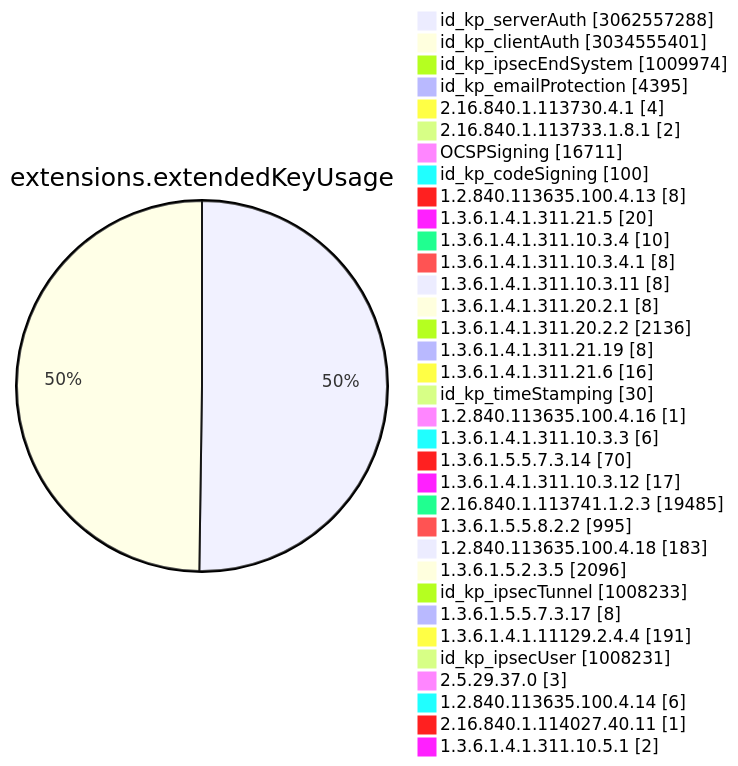
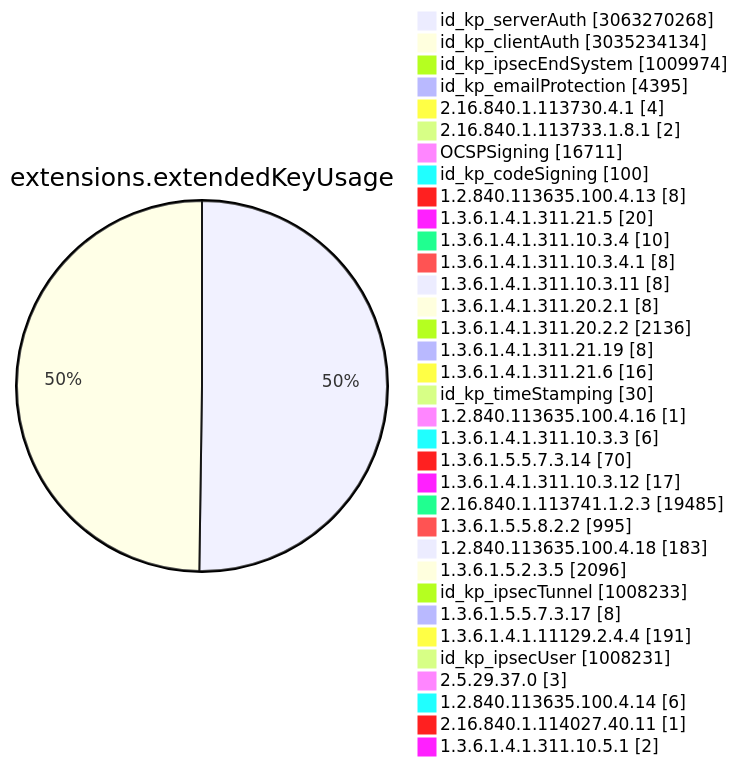
Diagram 11 of 15 in TOTAL/README.md (christiankrug/ctmonitor_visualization), drawn with Mermaid before and after one commit. The commit also changed other lines of this file, not shown here.

````diff
--- a/TOTAL/README.md
+++ b/TOTAL/README.md
@@ -4119,38 +4119,38 @@
 ```mermaid
 pie showData
 title extensions.extendedKeyUsage
-"id_kp_serverAuth" :3062557288
-"id_kp_clientAuth" :3034555401
+"id_kp_serverAuth" :3063270268
+"id_kp_clientAuth" :3035234134
 "id_kp_ipsecEndSystem" :1009974
 "id_kp_emailProtection" :4395
 "2.16.840.1.113730.4.1" :4
 "2.16.840.1.113733.1.8.1" :2
 "OCSPSigning" :16711
 "id_kp_codeSigning" :100
 "1.2.840.113635.100.4.13" :8
 "1.3.6.1.4.1.311.21.5" :20
 "1.3.6.1.4.1.311.10.3.4" :10
 "1.3.6.1.4.1.311.10.3.4.1" :8
 "1.3.6.1.4.1.311.10.3.11" :8
 "1.3.6.1.4.1.311.20.2.1" :8
 "1.3.6.1.4.1.311.20.2.2" :2136
 "1.3.6.1.4.1.311.21.19" :8
 "1.3.6.1.4.1.311.21.6" :16
 "id_kp_timeStamping" :30
 "1.2.840.113635.100.4.16" :1
 "1.3.6.1.4.1.311.10.3.3" :6
 "1.3.6.1.5.5.7.3.14" :70
 "1.3.6.1.4.1.311.10.3.12" :17
 "2.16.840.1.113741.1.2.3" :19485
 "1.3.6.1.5.5.8.2.2" :995
 "1.2.840.113635.100.4.18" :183
 "1.3.6.1.5.2.3.5" :2096
 "id_kp_ipsecTunnel" :1008233
 "1.3.6.1.5.5.7.3.17" :8
 "1.3.6.1.4.1.11129.2.4.4" :191
 "id_kp_ipsecUser" :1008231
 "2.5.29.37.0" :3
 "1.2.840.113635.100.4.14" :6
 "2.16.840.1.114027.40.11" :1
 "1.3.6.1.4.1.311.10.5.1" :2
 ```
````
